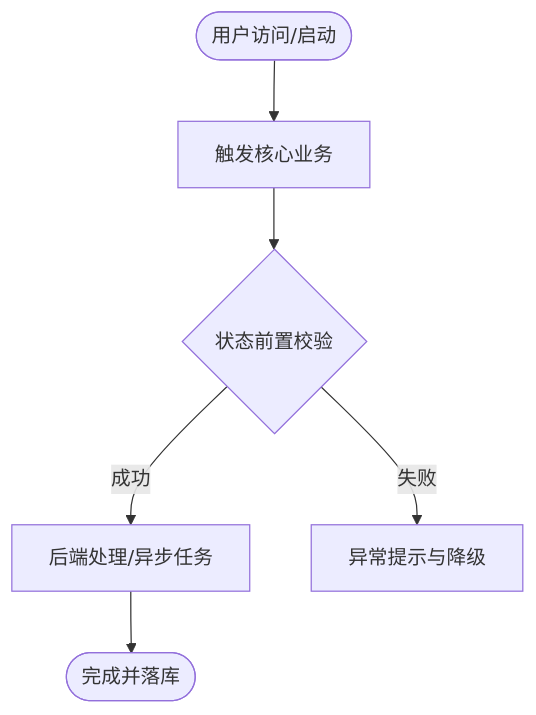
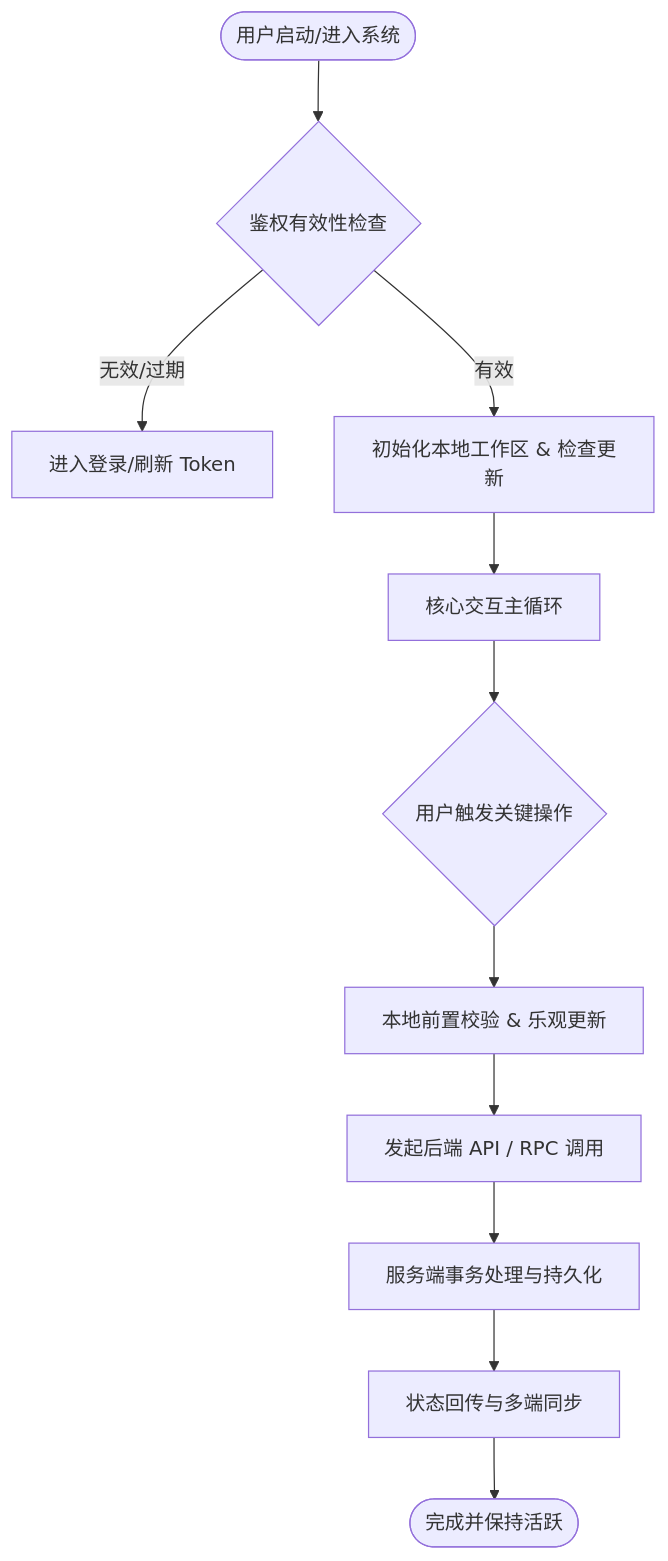
The second of 4 diagrams in skills/app-reverse-spec/references/PRD_TEMPLATE.md (yurongfu-01/app-reverse-spec), drawn with Mermaid before and after one commit. The commit also changed other lines of this file and 13 other files, not shown here.

Commit message:
feat: upgrade to v2.0.0 industrial 1:1 replication architecture & add Chatbox showcase package

````diff
--- a/skills/app-reverse-spec/references/PRD_TEMPLATE.md
+++ b/skills/app-reverse-spec/references/PRD_TEMPLATE.md
@@ -39,8 +40,13 @@
 ```mermaid
 flowchart TD
-    Start([用户访问/启动]) --> Action1[触发核心业务]
-    Action1 --> Decision{状态前置校验}
-    Decision -- 成功 --> Process[后端处理/异步任务]
-    Decision -- 失败 --> Rollback[异常提示与降级]
-    Process --> EndState([完成并落库])
+    Start([用户启动/进入系统]) --> AuthCheck{鉴权有效性检查}
+    AuthCheck -- 无效/过期 --> LoginFlow[进入登录/刷新 Token]
+    AuthCheck -- 有效 --> InitWorkspace[初始化本地工作区 & 检查更新]
+    InitWorkspace --> MainLoop[核心交互主循环]
+    MainLoop --> ActionTrigger{用户触发关键操作}
+    ActionTrigger --> LocalPrecheck[本地前置校验 & 乐观更新]
+    LocalPrecheck --> RemoteRPC[发起后端 API / RPC 调用]
+    RemoteRPC --> DBCommit[服务端事务处理与持久化]
+    DBCommit --> StateNotify[状态回传与多端同步]
+    StateNotify --> EndLoop([完成并保持活跃])
 ```
````
